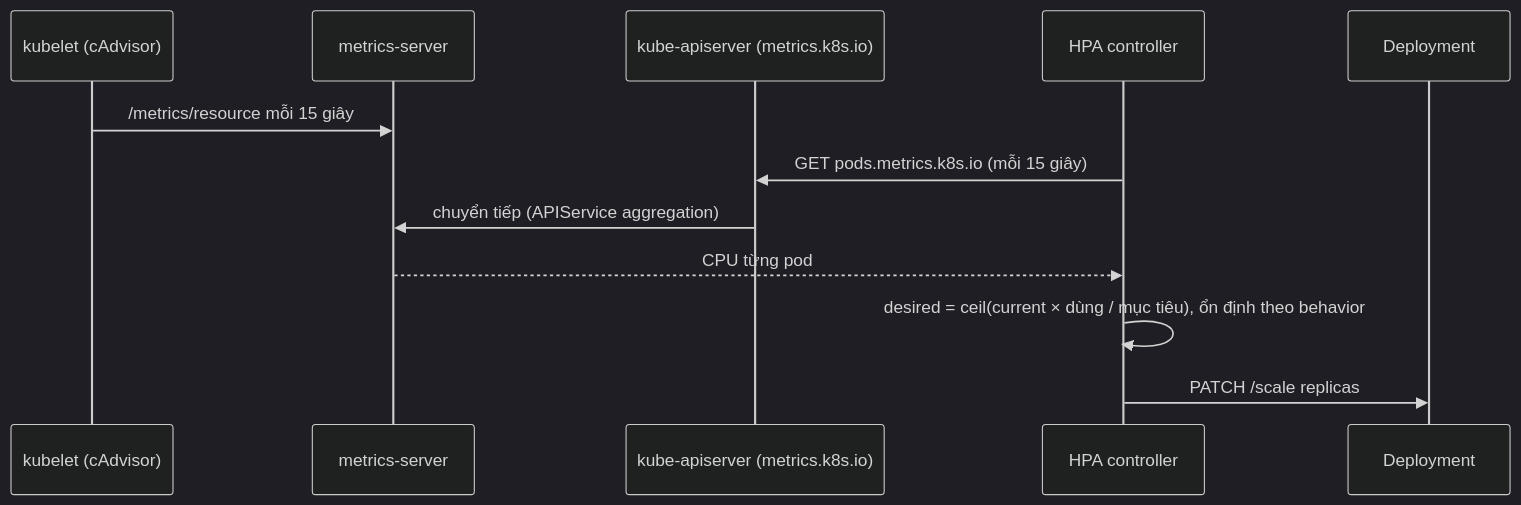
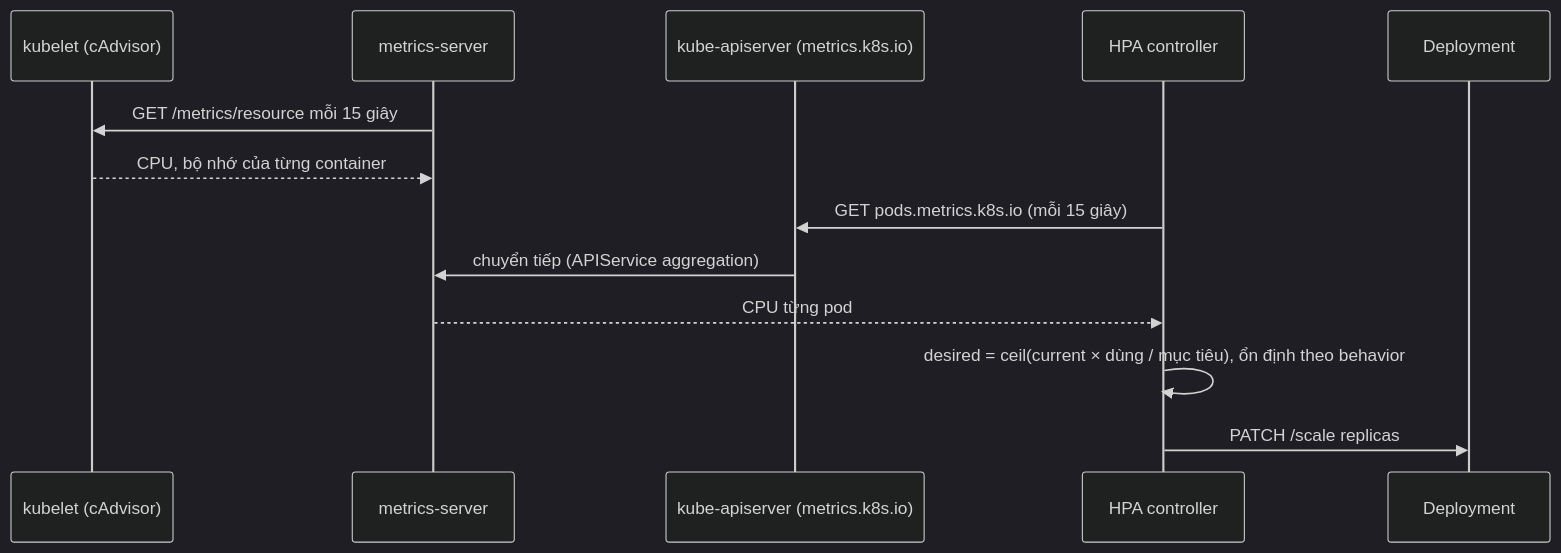
The third of 4 diagrams in tracks/devops/modules/11-kubernetes-production/README.md (Buicongbang04/Learning_Platform), drawn with Mermaid (dark theme) before and after one commit. The commit also changed other lines of this file and 16 other files, not shown here.

````diff
--- a/tracks/devops/modules/11-kubernetes-production/README.md
+++ b/tracks/devops/modules/11-kubernetes-production/README.md
@@ -445,14 +444,15 @@
 ```mermaid
 sequenceDiagram
     participant K as kubelet (cAdvisor)
     participant M as metrics-server
     participant A as kube-apiserver (metrics.k8s.io)
     participant H as HPA controller
     participant D as Deployment
-    K->>M: /metrics/resource mỗi 15 giây
+    M->>K: GET /metrics/resource mỗi 15 giây
+    K-->>M: CPU, bộ nhớ của từng container
     H->>A: GET pods.metrics.k8s.io (mỗi 15 giây)
     A->>M: chuyển tiếp (APIService aggregation)
     M-->>H: CPU từng pod
     H->>H: desired = ceil(current × dùng / mục tiêu), ổn định theo behavior
     H->>D: PATCH /scale replicas
 ```
````
